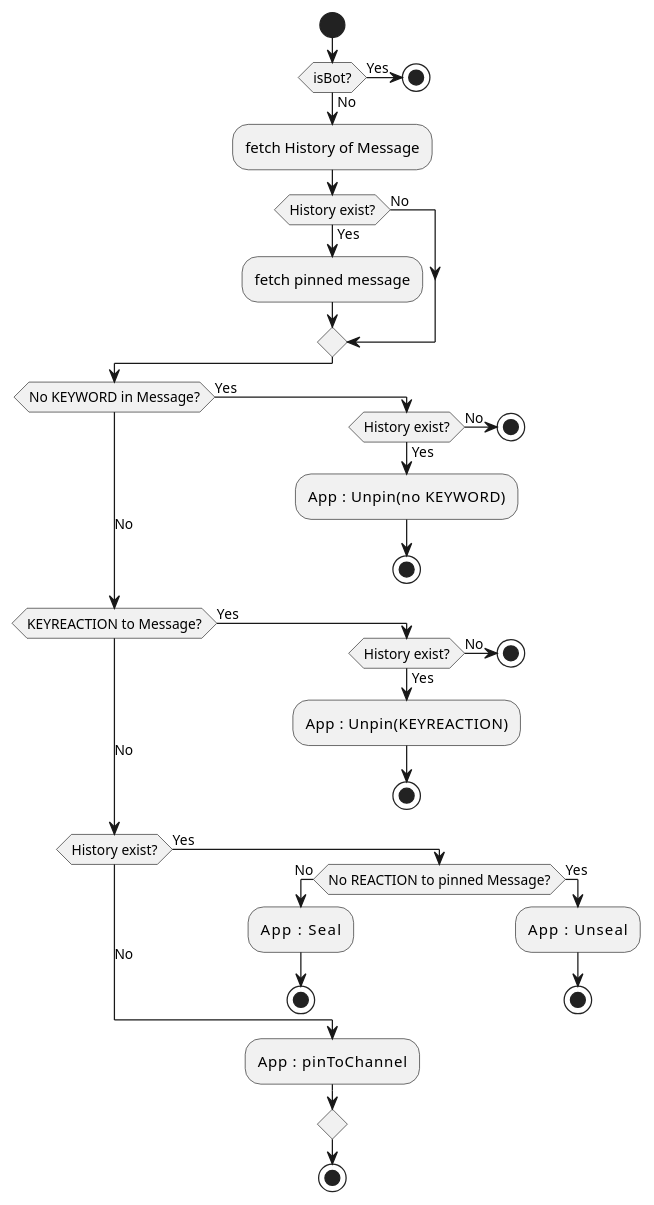
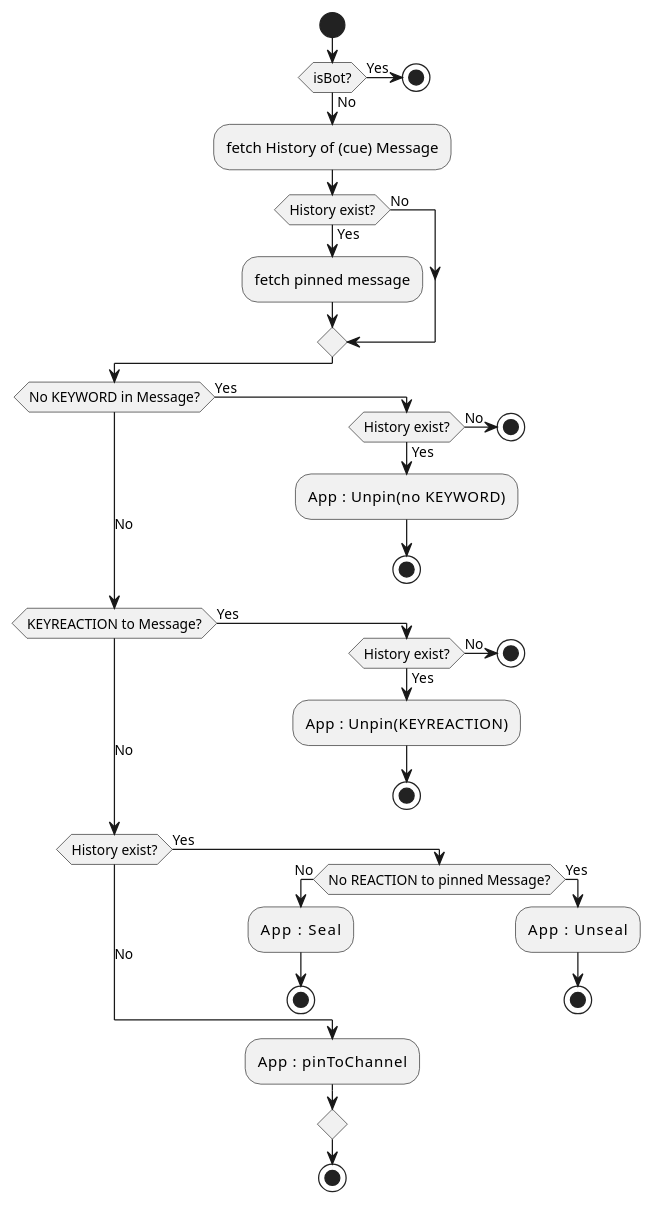
The first of 3 diagrams in Design/AutoPin_Decision_table.md (HitsumabushiEng/rose_discord_bot), drawn with PlantUML before and after one commit. The commit also changed other lines of this file and 3 other files, not shown here.

````diff
--- a/Design/AutoPin_Decision_table.md
+++ b/Design/AutoPin_Decision_table.md
@@ -16,38 +22,38 @@
 ```plantuml
 !pragma useVerticalIf on
 start
 if (isBot?) then (Yes)
   stop
 else(No)
-  :fetch History of Message;
+  :fetch History of (cue) Message;
 if (History exist?) then (Yes)
   :fetch pinned message;
 else(No)
 endif
 if (No KEYWORD in Message?) then (Yes)
     if(History exist?) then (No)
       stop
     else(Yes)
       :App    : Unpin(no KEYWORD);
       stop
     endif
 (No)elseif (KEYREACTION to Message?) then (Yes)
     if(History exist?) then (No)
       stop
     else(Yes)
       :App    : Unpin(KEYREACTION);
       stop
     endif
 (No)elseif (History exist?) then (Yes)
     if(No REACTION to pinned Message?) then (No)
       :App    : Seal;
       stop
     else(Yes)
       :App    : Unseal;
       stop
     endif
 else(No)
   :App    : pinToChannel;
 endif
 stop
 ```
````
